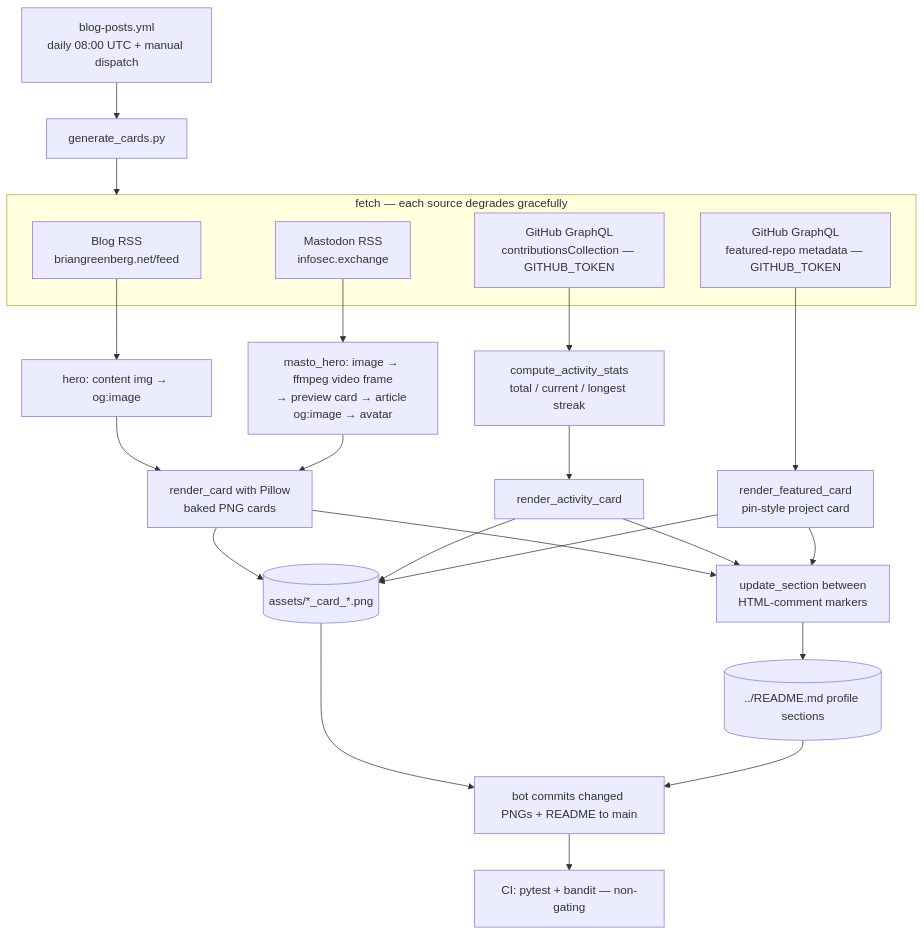
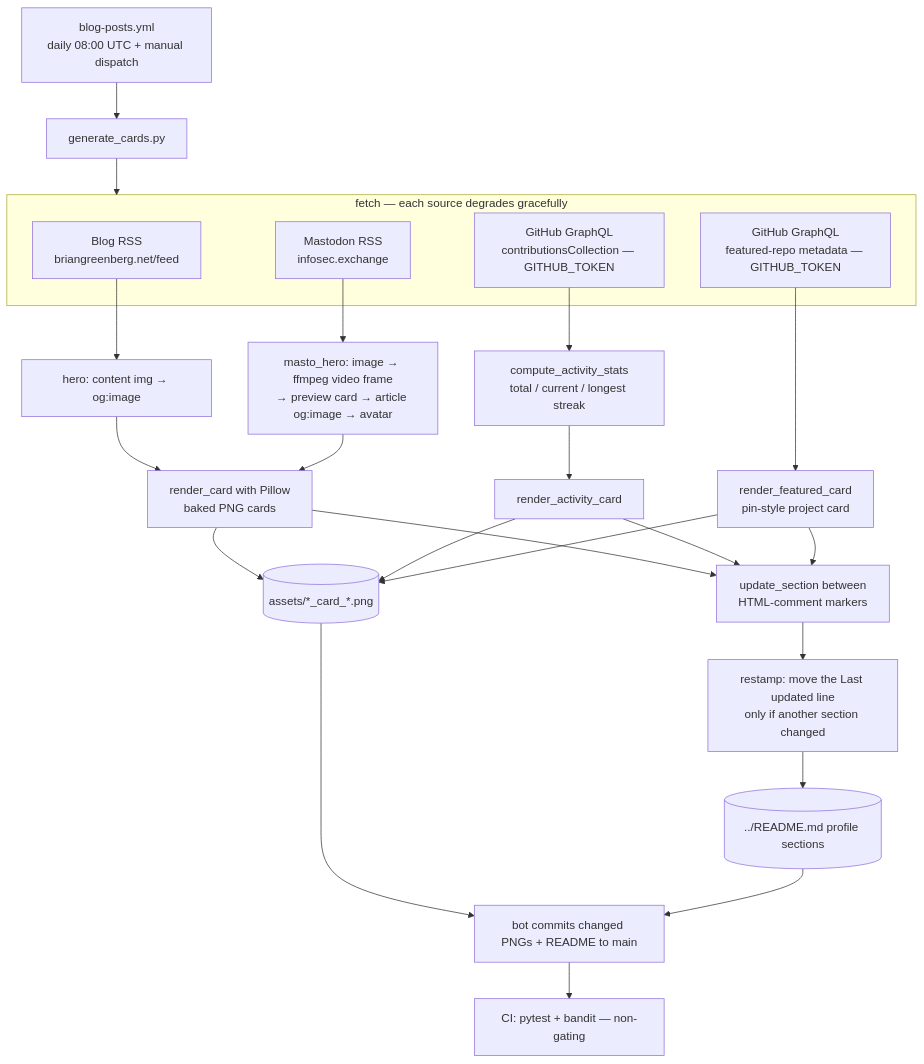
Before and after one commit to bjgreenberg/bjgreenberg: the diagram in scripts/README.md, drawn with Mermaid. The commit also changed other lines of this file and 1 other file, not shown here.

````diff
--- a/scripts/README.md
+++ b/scripts/README.md
@@ -23,28 +23,29 @@
 ```mermaid
 flowchart TB
     cron["blog-posts.yml<br/>daily 08:00 UTC + manual dispatch"] --> gen["generate_cards.py"]
     subgraph sources["fetch — each source degrades gracefully"]
         s1["Blog RSS<br/>briangreenberg.net/feed"]
         s2["Mastodon RSS<br/>infosec.exchange"]
         s3["GitHub GraphQL<br/>contributionsCollection — GITHUB_TOKEN"]
         s4["GitHub GraphQL<br/>featured-repo metadata — GITHUB_TOKEN"]
     end
     gen --> sources
     s1 --> hero1["hero: content img → og:image"]
     s2 --> hero2["masto_hero: image → ffmpeg video frame<br/>→ preview card → article og:image → avatar"]
     s3 --> stats["compute_activity_stats<br/>total / current / longest streak"]
     hero1 --> render["render_card with Pillow<br/>baked PNG cards"]
     hero2 --> render
     stats --> renderA["render_activity_card"]
     s4 --> renderF["render_featured_card<br/>pin-style project card"]
     render --> assets[("assets/*_card_*.png")]
     renderA --> assets
     renderF --> assets
     render --> upd["update_section between<br/>HTML-comment markers"]
     renderA --> upd
     renderF --> upd
-    upd --> readme[("../README.md profile sections")]
+    upd --> stamp["restamp: move the Last updated line<br/>only if another section changed"]
+    stamp --> readme[("../README.md profile sections")]
     assets --> commit["bot commits changed PNGs + README to main"]
     readme --> commit
     commit --> ci["CI: pytest + bandit — non-gating"]
 ```
````
